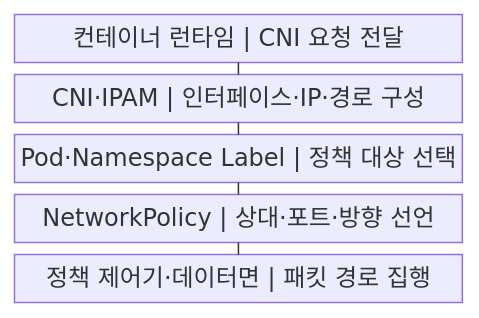
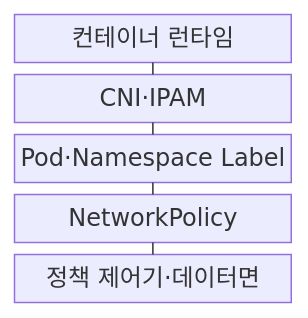
Before and after one commit to agnusdei1207/knowledge-base: the first of 2 diagrams in src/content/docs/notes/03-software/156_kubernetes_networkpolicy_cni.md, drawn with Mermaid. The commit also changed other lines of this file and 238 other files, not shown here.

````diff
--- a/src/content/docs/notes/03-software/156_kubernetes_networkpolicy_cni.md
+++ b/src/content/docs/notes/03-software/156_kubernetes_networkpolicy_cni.md
@@ -55,13 +55,13 @@
 ```mermaid
-block
+block-beta
     columns 1
-    A["컨테이너 런타임 | CNI 요청 전달"]
-    B["CNI·IPAM | 인터페이스·IP·경로 구성"]
-    C["Pod·Namespace Label | 정책 대상 선택"]
-    D["NetworkPolicy | 상대·포트·방향 선언"]
-    E["정책 제어기·데이터면 | 패킷 경로 집행"]
+    A["컨테이너 런타임"]
+    B["CNI·IPAM"]
+    C["Pod·Namespace Label"]
+    D["NetworkPolicy"]
+    E["정책 제어기·데이터면"]
     A --- B
     B --- C
     C --- D
     D --- E
 ```
````
